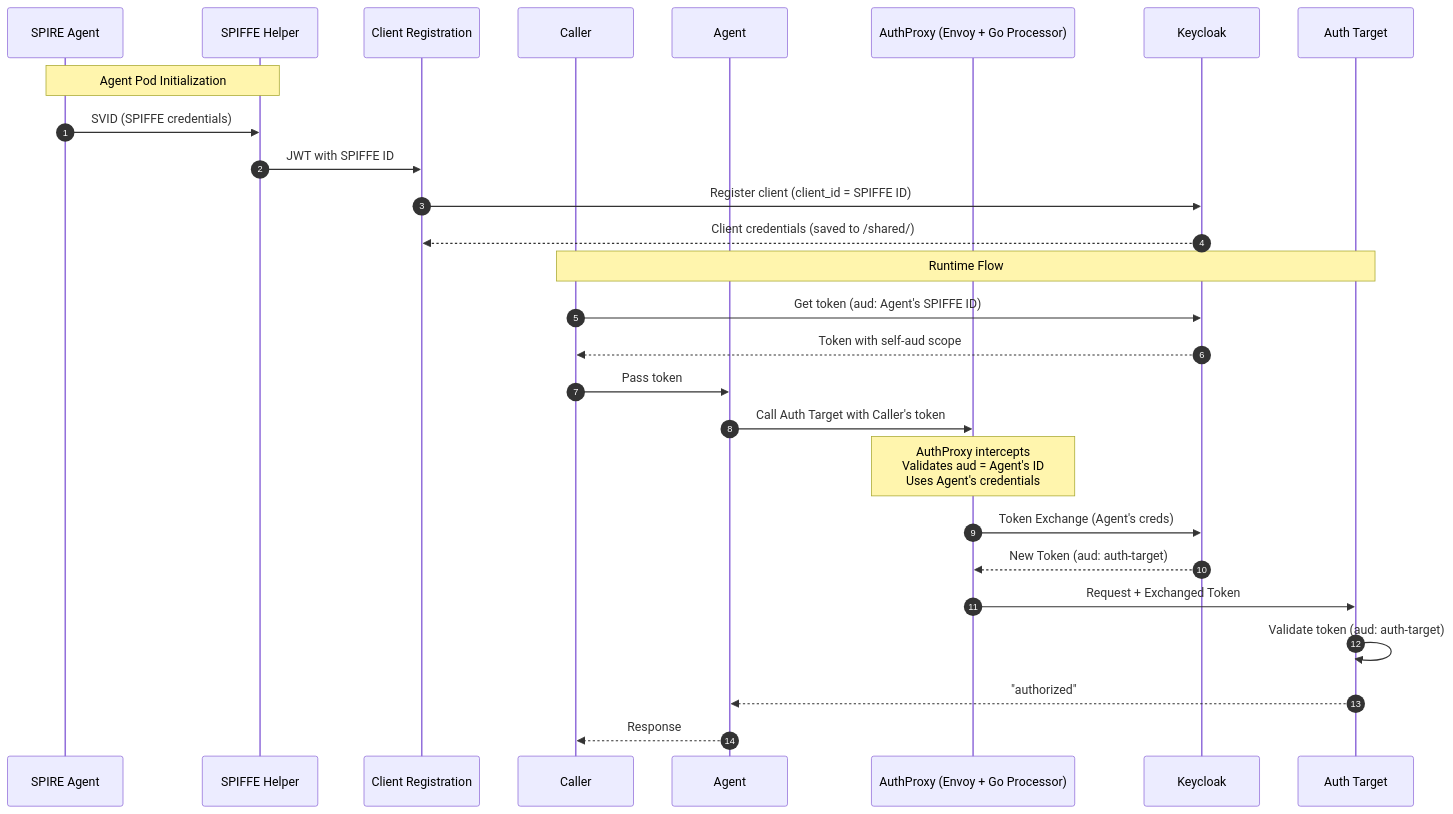
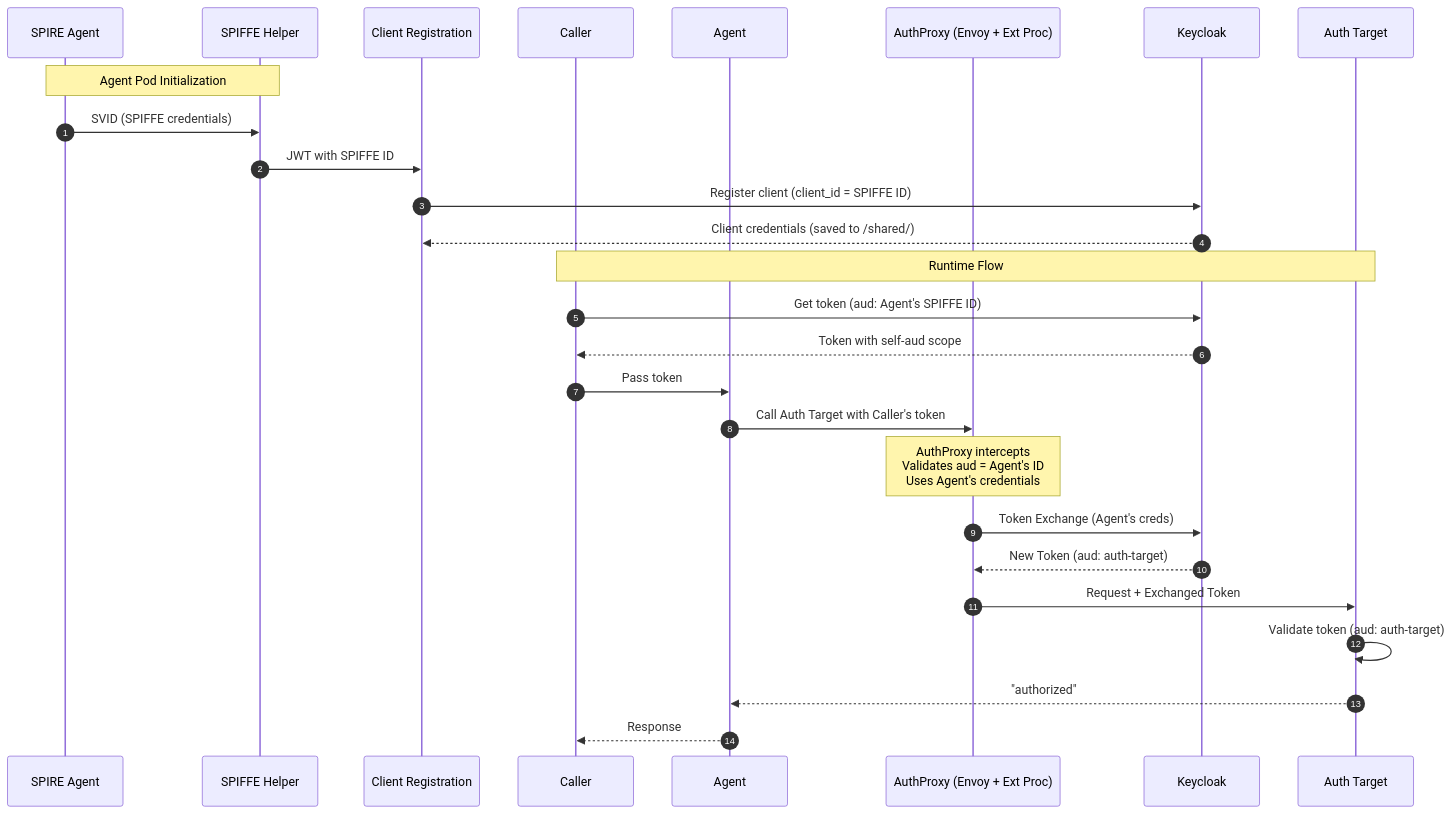
Before and after one commit to cwiklik/kagenti-extensions: the first of 2 diagrams in AuthBridge/README.md, drawn with Mermaid. The commit also changed other lines of this file and 1 other file, not shown here.

Commit message:
Rename GoProc to ExtProc

````diff
--- a/AuthBridge/README.md
+++ b/AuthBridge/README.md
@@ -82,35 +82,35 @@
 ```mermaid
 sequenceDiagram
     autonumber
     participant SPIRE as SPIRE Agent
     participant Helper as SPIFFE Helper
     participant Reg as Client Registration
     participant Caller as Caller
     participant Agent as Agent
-    participant Envoy as AuthProxy (Envoy + Go Processor)
+    participant Envoy as AuthProxy (Envoy + Ext Proc)
     participant KC as Keycloak
     participant Target as Auth Target
 
     Note over Helper,SPIRE: Agent Pod Initialization
     SPIRE->>Helper: SVID (SPIFFE credentials)
     Helper->>Reg: JWT with SPIFFE ID
     Reg->>KC: Register client (client_id = SPIFFE ID)
     KC-->>Reg: Client credentials (saved to /shared/)
 
     Note over Caller,Target: Runtime Flow
     Caller->>KC: Get token (aud: Agent's SPIFFE ID)
     KC-->>Caller: Token with self-aud scope
     
     Caller->>Agent: Pass token
     Agent->>Envoy: Call Auth Target with Caller's token
     
     Note over Envoy: AuthProxy intercepts<br/>Validates aud = Agent's ID<br/>Uses Agent's credentials
     
     Envoy->>KC: Token Exchange (Agent's creds)
     KC-->>Envoy: New Token (aud: auth-target)
     
     Envoy->>Target: Request + Exchanged Token
     Target->>Target: Validate token (aud: auth-target)
     Target-->>Agent: "authorized"
     Agent-->>Caller: Response
 ```
````
